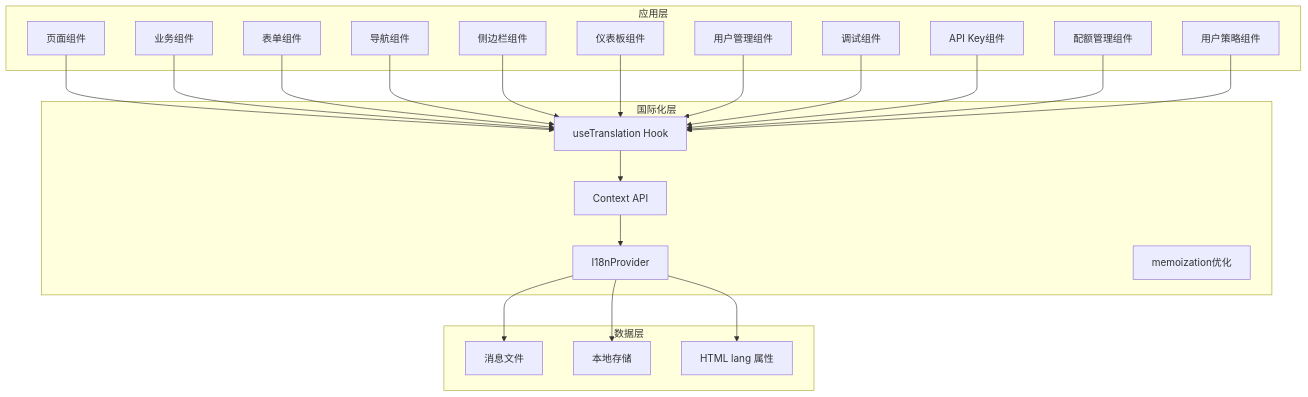
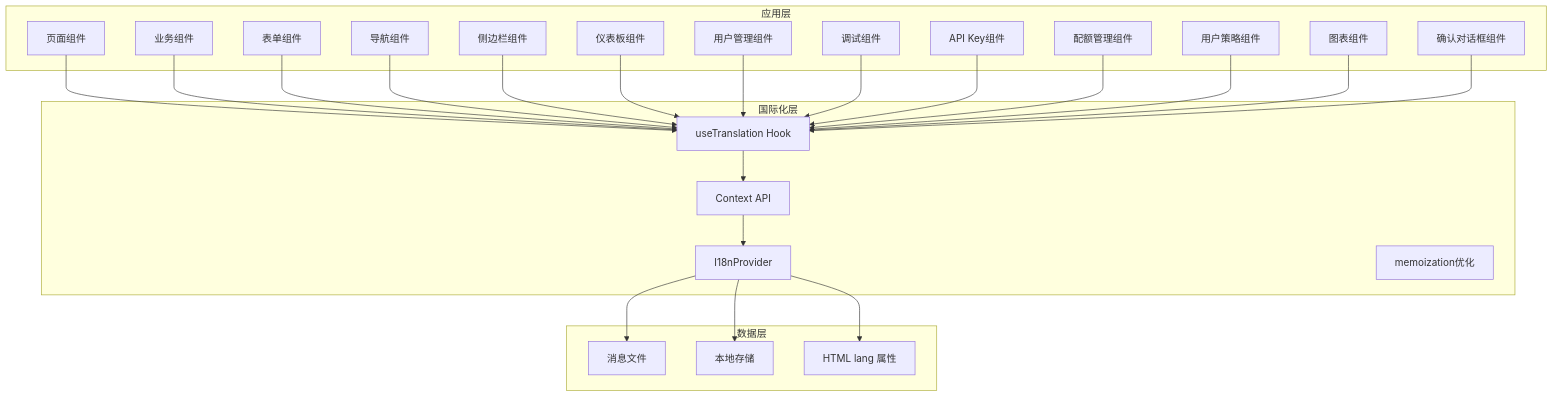
Before and after one commit to RadiumAg/AIGate: the second of 6 diagrams in .qoder/repowiki/zh/content/开发指南/国际化系统.md, drawn with Mermaid. The commit also changed other lines of this file and 30 other files, not shown here.

````diff
--- a/.qoder/repowiki/zh/content/开发指南/国际化系统.md
+++ b/.qoder/repowiki/zh/content/开发指南/国际化系统.md
@@ -185,43 +191,47 @@
 ```mermaid
 graph TD
 subgraph "应用层"
 A[页面组件]
 B[业务组件]
 C[表单组件]
 D[导航组件]
 E[侧边栏组件]
 F[仪表板组件]
 G[用户管理组件]
 H[调试组件]
 I[API Key组件]
 J[配额管理组件]
 K[用户策略组件]
+L[图表组件]
+M[确认对话框组件]
 end
 subgraph "国际化层"
-L[I18nProvider]
-M[useTranslation Hook]
-N[Context API]
-O[memoization优化]
+N[I18nProvider]
+O[useTranslation Hook]
+P[Context API]
+Q[memoization优化]
 end
 subgraph "数据层"
-P[消息文件]
-Q[本地存储]
-R[HTML lang 属性]
+R[消息文件]
+S[本地存储]
+T[HTML lang 属性]
 end
-A --> M
-B --> M
-C --> M
-D --> M
-E --> M
-F --> M
-G --> M
-H --> M
-I --> M
-J --> M
-K --> M
-M --> N
-N --> L
-L --> P
-L --> Q
-L --> R
+A --> O
+B --> O
+C --> O
+D --> O
+E --> O
+F --> O
+G --> O
+H --> O
+I --> O
+J --> O
+K --> O
+L --> O
+M --> O
+O --> P
+P --> N
+N --> R
+N --> S
+N --> T
 ```
````
